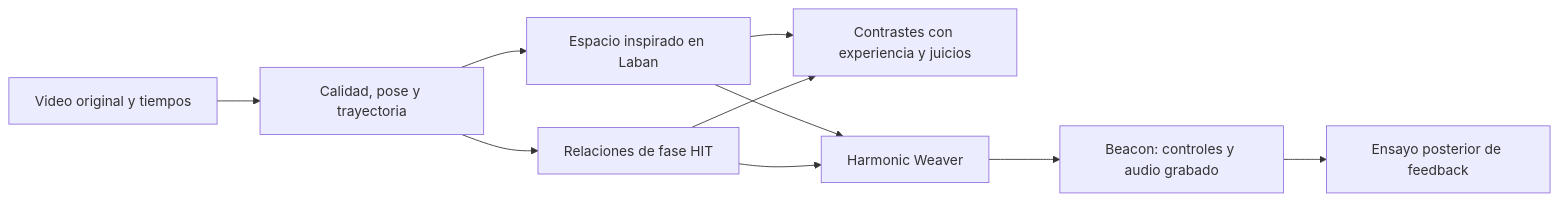
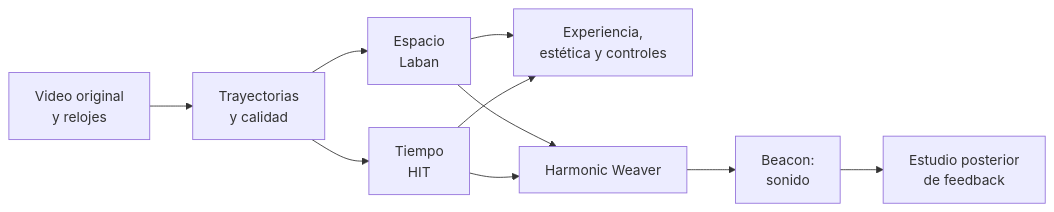
Before and after one commit to SairaAsua/movimiento-armonico-investigacion: the diagram in README.md, drawn with Mermaid. The commit also changed other lines of this file and 11 other files, not shown here.

````diff
--- a/README.md
+++ b/README.md
@@ -21,12 +45,12 @@
 ```mermaid
 flowchart LR
-    A[Video original y tiempos] --> B[Calidad, pose y trayectoria]
-    B --> C[Espacio inspirado en Laban]
-    B --> D[Relaciones de fase HIT]
-    C --> E[Contrastes con experiencia y juicios]
+    A[Video original<br/>y relojes] --> B[Trayectorias<br/>y calidad]
+    B --> C[Espacio<br/>Laban]
+    B --> D[Tiempo<br/>HIT]
+    C --> E[Experiencia,<br/>estética y controles]
     D --> E
     C --> F[Harmonic Weaver]
     D --> F
-    F --> G[Beacon: controles y audio grabado]
-    G --> H[Ensayo posterior de feedback]
+    F --> G[Beacon:<br/>sonido]
+    G --> H[Estudio posterior<br/>de feedback]
 ```
````
